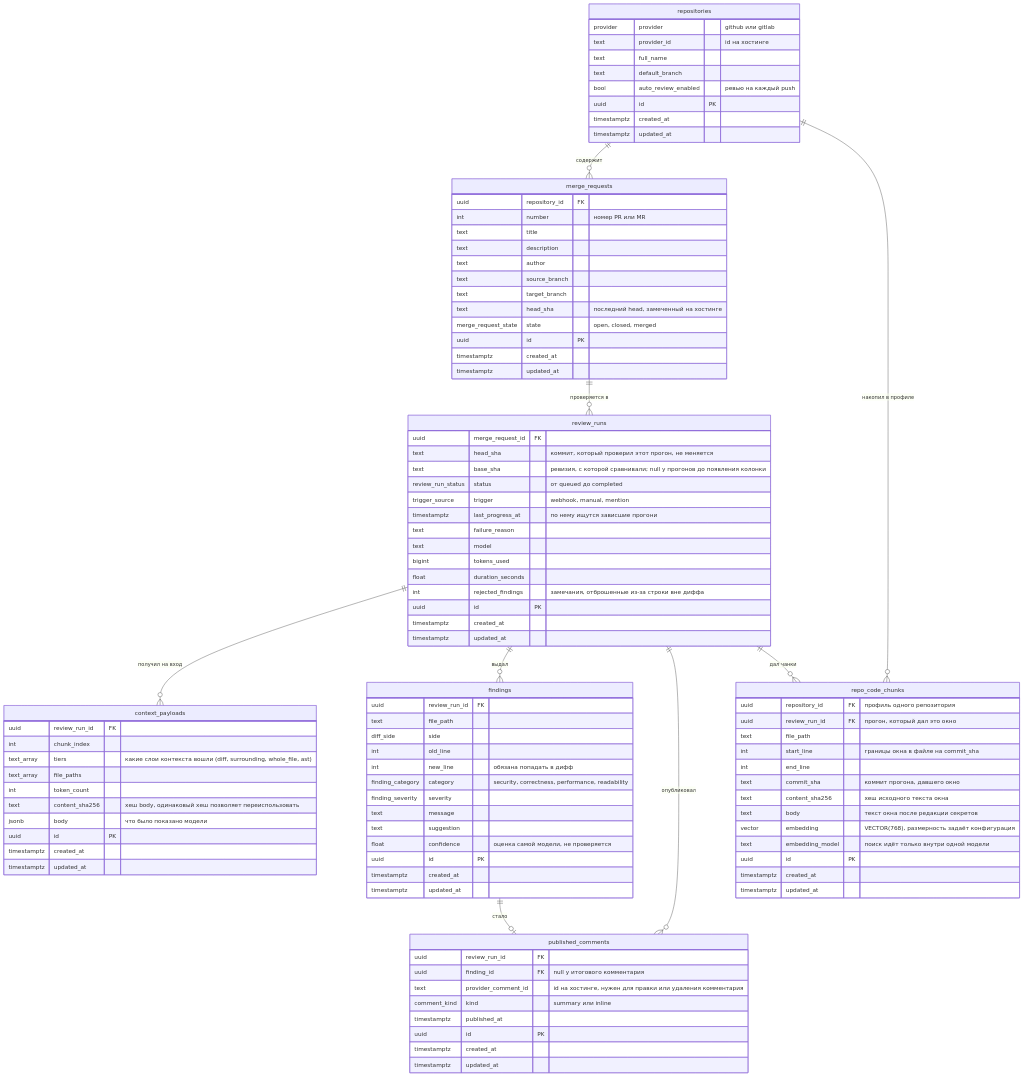
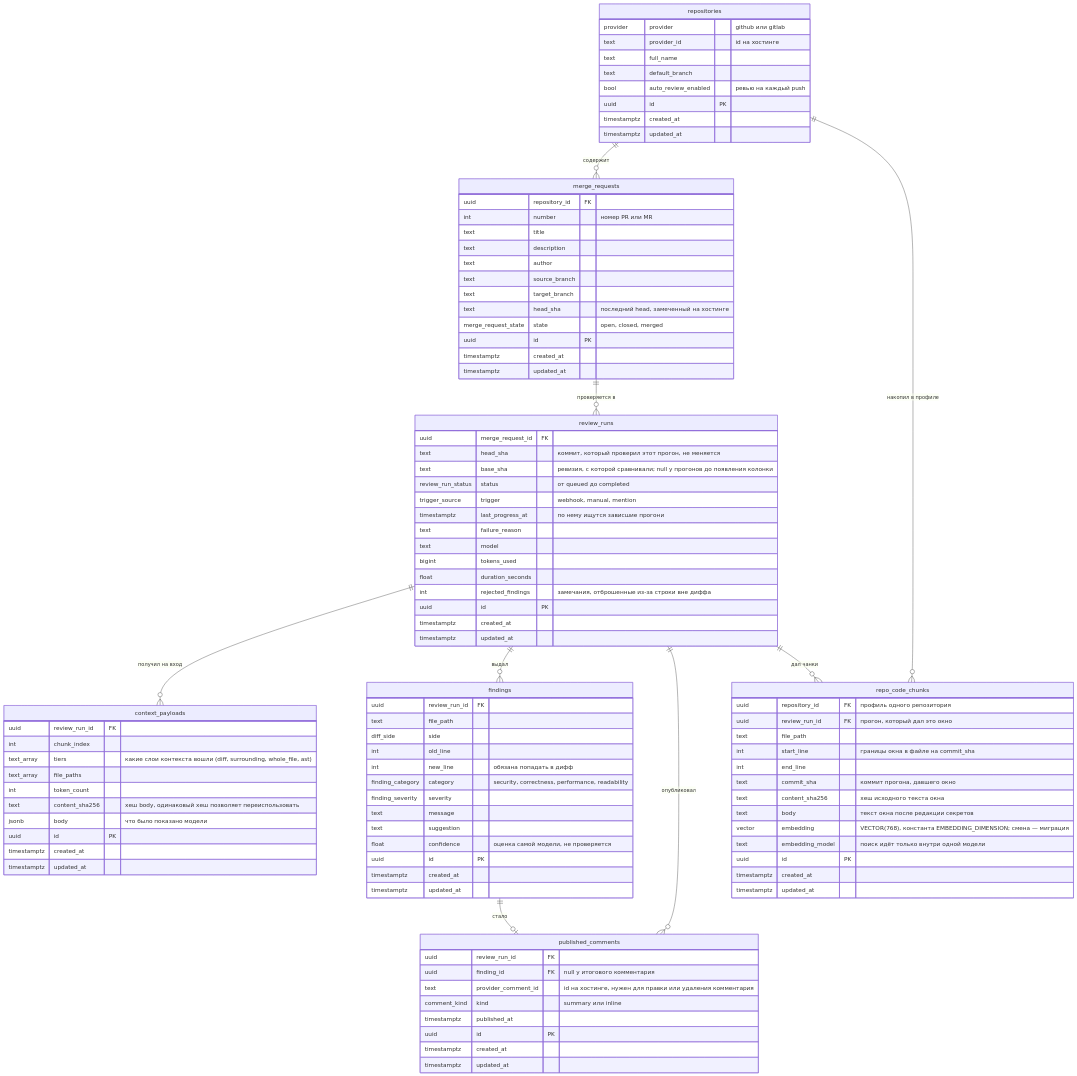
One commit to larchanka-training/dmc-268-api-t1 changed the diagram in docs/erd.md. Above: the diagram before and after it, drawn with Mermaid. The commit also changed 18 other files, not shown here.

```diff
--- a/docs/erd.md
+++ b/docs/erd.md
@@ -105,7 +105,7 @@
         text commit_sha "коммит прогона, давшего окно"
         text content_sha256 "хеш исходного текста окна"
         text body "текст окна после редакции секретов"
-        vector embedding "VECTOR(768), размерность задаёт конфигурация"
+        vector embedding "VECTOR(768), константа EMBEDDING_DIMENSION; смена — миграция"
         text embedding_model "поиск идёт только внутри одной модели"
         uuid id PK
         timestamptz created_at
```
